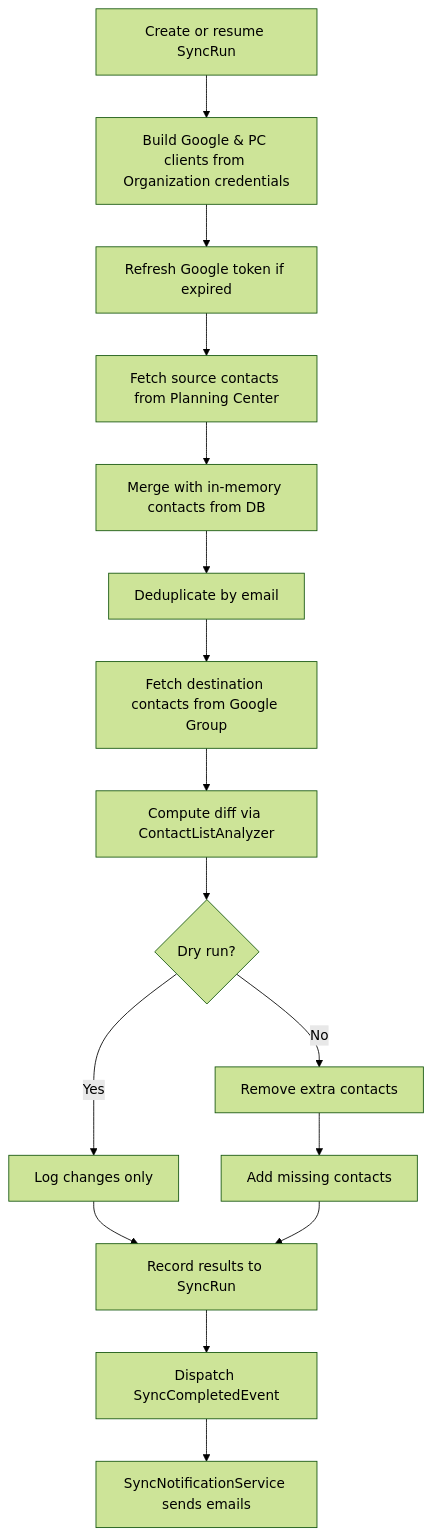
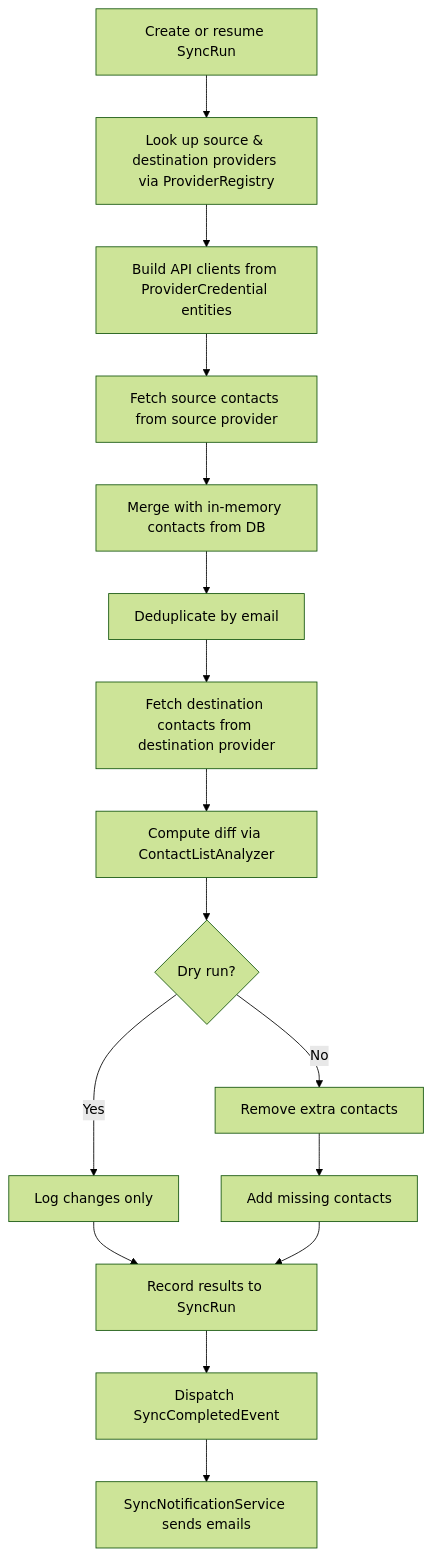
The second of 2 diagrams in src/README.md (nrutman/contacts-sync-web), drawn with Mermaid (forest theme) before and after one commit. The commit also changed other lines of this file and 61 other files, not shown here.

Commit message:
Generalize sync providers

````diff
--- a/src/README.md
+++ b/src/README.md
@@ -56,18 +58,18 @@
 ```mermaid
 flowchart TD
-    A[Create or resume SyncRun] --> B[Build Google & PC clients from Organization credentials]
-    B --> C[Refresh Google token if expired]
-    C --> D[Fetch source contacts from Planning Center]
+    A[Create or resume SyncRun] --> B[Look up source & destination providers via ProviderRegistry]
+    B --> C[Build API clients from ProviderCredential entities]
+    C --> D[Fetch source contacts from source provider]
     D --> E[Merge with in-memory contacts from DB]
     E --> F[Deduplicate by email]
-    F --> G[Fetch destination contacts from Google Group]
+    F --> G[Fetch destination contacts from destination provider]
     G --> H[Compute diff via ContactListAnalyzer]
     H --> I{Dry run?}
     I -->|Yes| J[Log changes only]
     I -->|No| K[Remove extra contacts]
+    J --> M[Record results to SyncRun]
     K --> L[Add missing contacts]
-    J --> M[Record results to SyncRun]
     L --> M
     M --> N[Dispatch SyncCompletedEvent]
     N --> O[SyncNotificationService sends emails]
 ```
````
